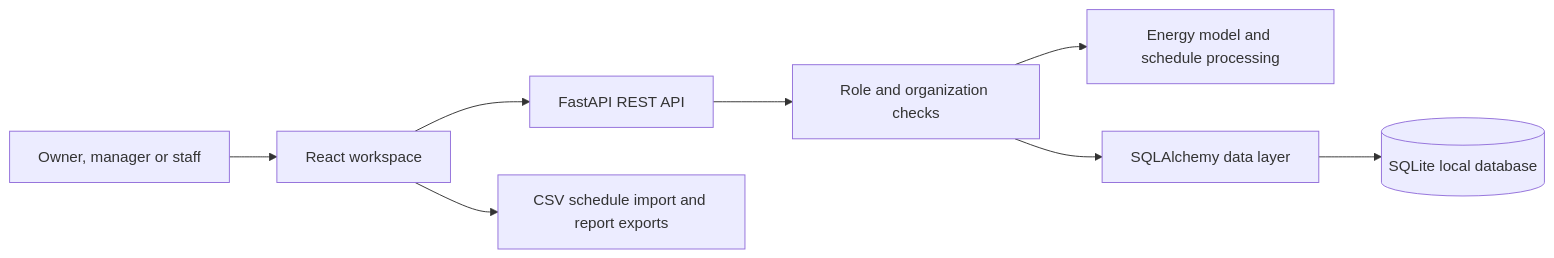
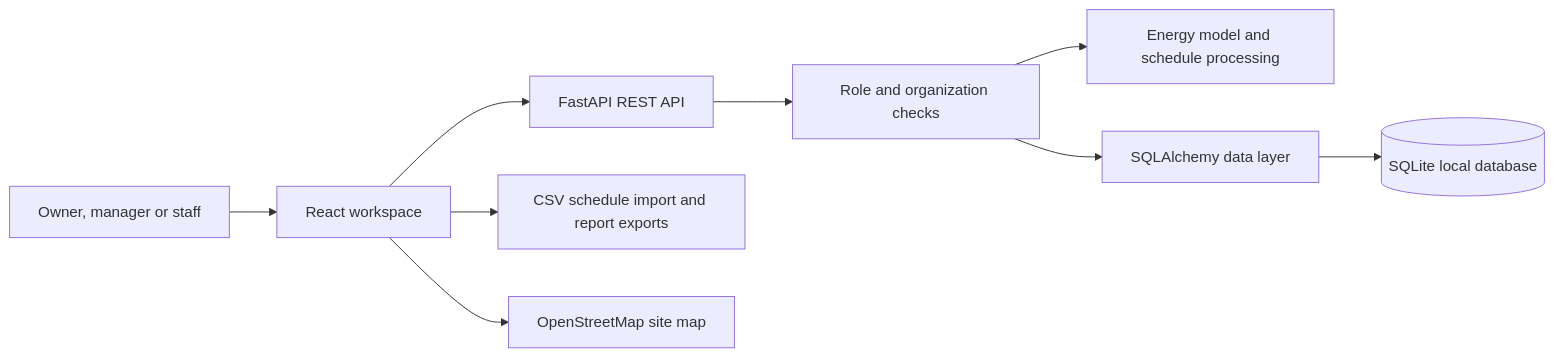
One commit to rajibgain/ENERGY changed the diagram in PROJECT_REPORT.md. Above: the diagram before and after it, drawn with Mermaid. The commit also changed other lines of this file and 13 other files, not shown here.

Commit message:
Add organization site map and building plans

````diff
--- a/PROJECT_REPORT.md
+++ b/PROJECT_REPORT.md
@@ -83,10 +85,11 @@
 ```mermaid
 flowchart LR
     U[Owner, manager or staff] --> W[React workspace]
     W --> A[FastAPI REST API]
     A --> R[Role and organization checks]
     R --> S[Energy model and schedule processing]
     R --> D[SQLAlchemy data layer]
     D --> DB[(SQLite local database)]
     W --> X[CSV schedule import and report exports]
+    W --> OSM[OpenStreetMap site map]
 ```
````
